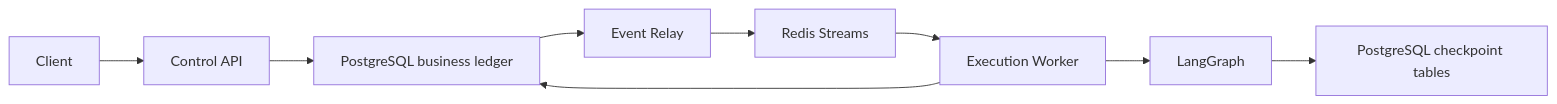
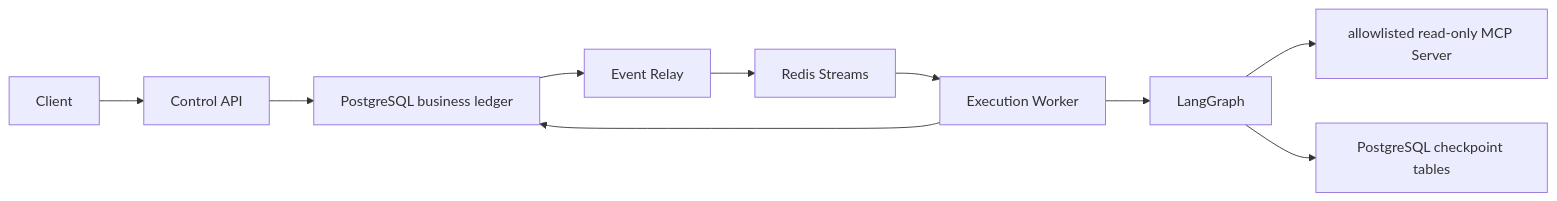
Before and after one commit to 0YHR0/AgentMesh: the diagram in docs/architecture/modules/durable-async-execution.md, drawn with Mermaid. The commit also changed other lines of this file and 36 other files, not shown here.

Commit message:
add read-only MCP tool integration

````diff
--- a/docs/architecture/modules/durable-async-execution.md
+++ b/docs/architecture/modules/durable-async-execution.md
@@ -16,11 +16,12 @@
 ```mermaid
 flowchart LR
     CLIENT["Client"] --> API["Control API"]
     API --> DB["PostgreSQL business ledger"]
     DB --> RELAY["Event Relay"]
     RELAY --> REDIS["Redis Streams"]
     REDIS --> WORKER["Execution Worker"]
     WORKER --> DB
     WORKER --> GRAPH["LangGraph"]
+    GRAPH --> MCP["allowlisted read-only MCP Server"]
     GRAPH --> CHECKPOINT["PostgreSQL checkpoint tables"]
 ```
````
